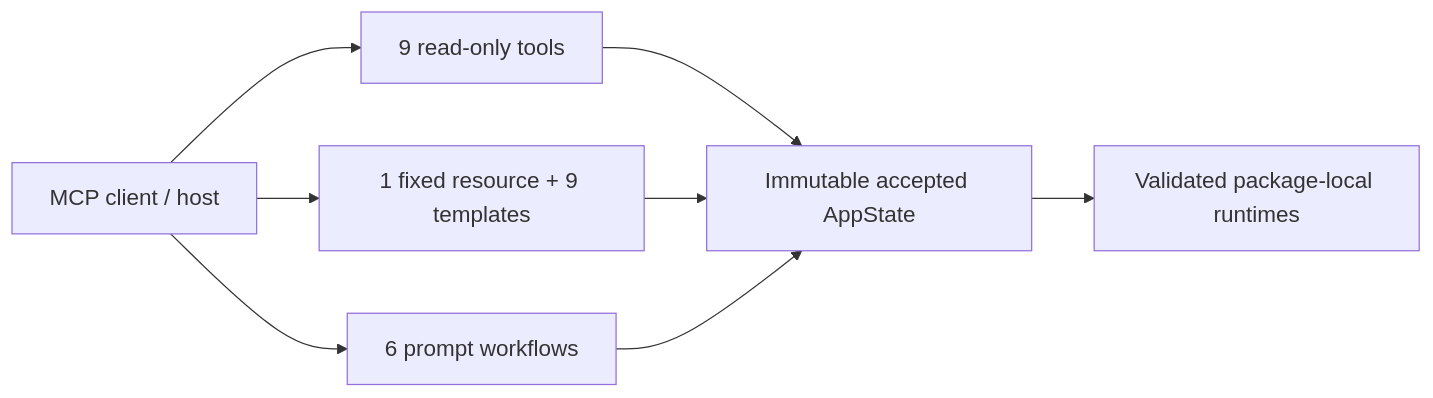
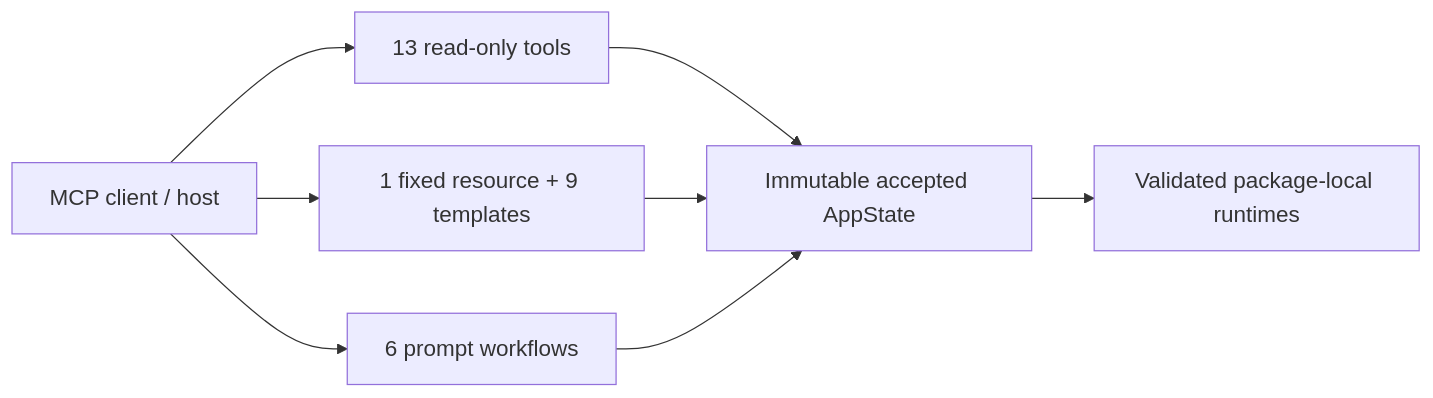
Before and after one commit to IDinsight/KGForEdGlobalMCP: the diagram in docs/reference/index.md, drawn with Mermaid. The commit also changed other lines of this file and 3 other files, not shown here.

````diff
--- a/docs/reference/index.md
+++ b/docs/reference/index.md
@@ -22,11 +22,11 @@
 ```mermaid
 %%{init: {"themeVariables": {"fontSize": "18px"}}}%%
 flowchart LR
-    CLIENT[MCP client / host] --> TOOLS[9 read-only tools]
+    CLIENT[MCP client / host] --> TOOLS[13 read-only tools]
     CLIENT --> RES[1 fixed resource + 9 templates]
     CLIENT --> PROMPTS[6 prompt workflows]
     TOOLS --> STATE[Immutable accepted AppState]
     RES --> STATE
     PROMPTS --> STATE
     STATE --> PKG[Validated package-local runtimes]
 ```
````
